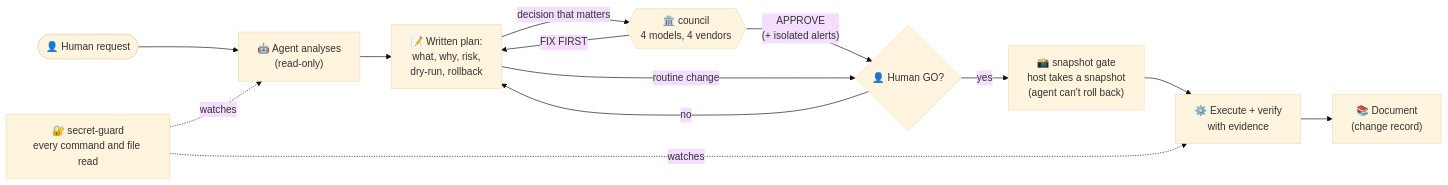
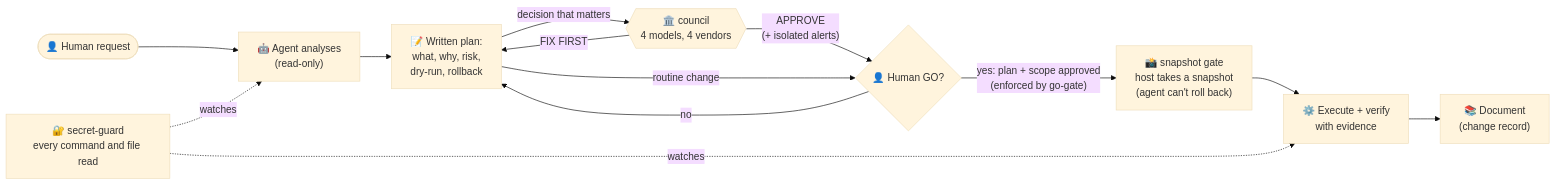
One commit to renocz/agent-ops-guardrails changed the diagram in README.md. Above: the diagram before and after it, drawn with Mermaid (base theme). The commit also changed other lines of this file and 6 other files, not shown here.

First line of the commit message:
go-gate v0.2 (experimental): a GO with a scope, checked before every change

````diff
--- a/README.md
+++ b/README.md
@@ -15,15 +15,15 @@
 ```mermaid
 flowchart LR
     H(["👤 Human request"]) --> A["🤖 Agent analyses<br/>(read-only)"]
     A --> P["📝 Written plan:<br/>what, why, risk,<br/>dry-run, rollback"]
     P -->|"decision that matters"| C{{"🏛️ council<br/>4 models, 4 vendors"}}
     C -->|"FIX FIRST"| P
     C -->|"APPROVE<br/>(+ isolated alerts)"| G{"👤 Human GO?"}
     P -->|"routine change"| G
     G -->|"no"| P
-    G -->|"yes"| S["📸 snapshot gate<br/>host takes a snapshot<br/>(agent can't roll back)"]
+    G -->|"yes: plan + scope approved<br/>(enforced by go-gate)"| S["📸 snapshot gate<br/>host takes a snapshot<br/>(agent can't roll back)"]
     S --> E["⚙️ Execute + verify<br/>with evidence"]
     E --> D["📚 Document<br/>(change record)"]
     SG["🔐 secret-guard<br/>every command and file read"] -.->|"watches"| A
     SG -.->|"watches"| E
 ```
````
